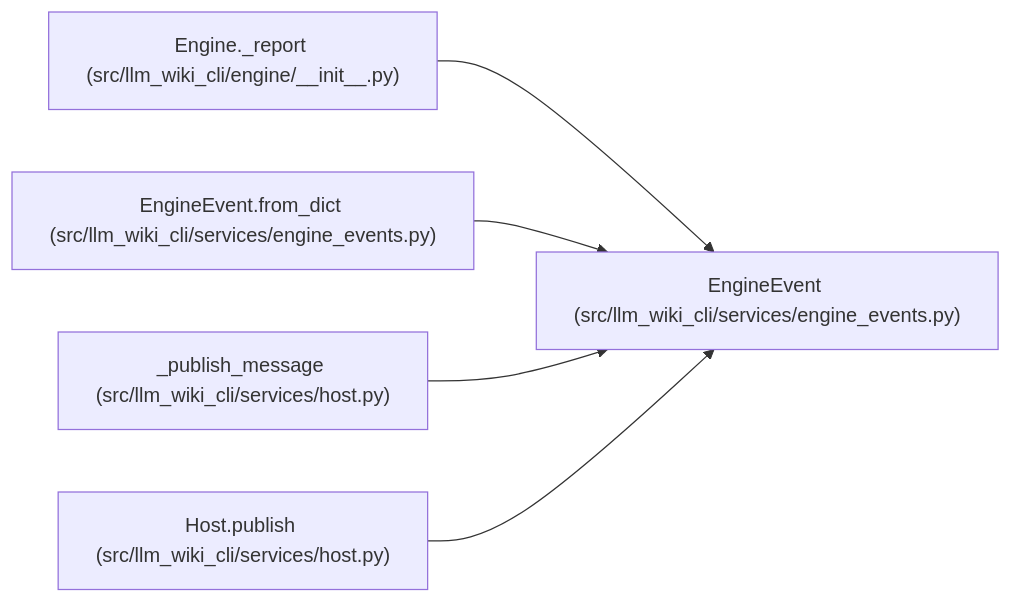
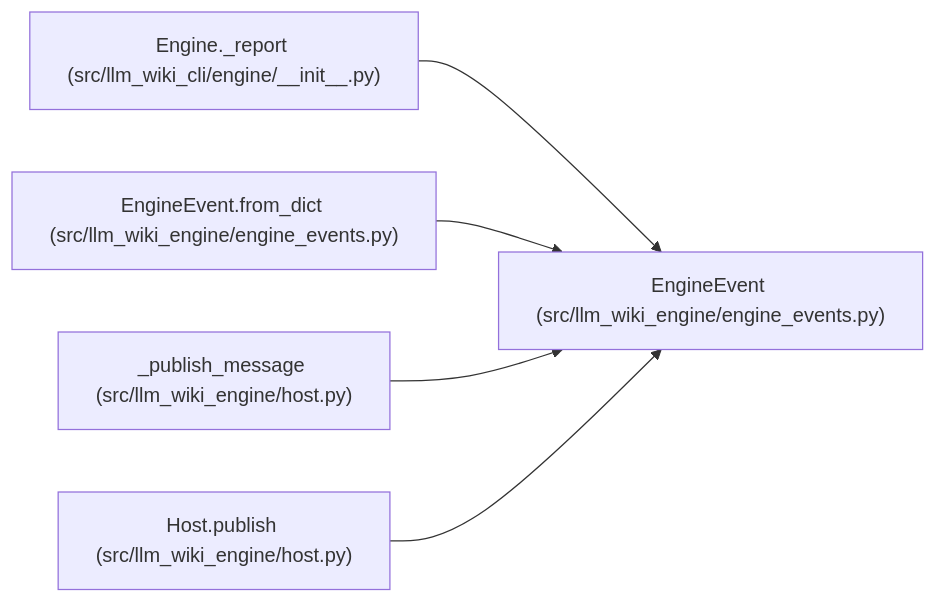
Before and after one commit to Denissvgn/python-wiki-llm: the diagram in docs/llm_wiki/entities/EngineEvent.md, drawn with Mermaid. The commit also changed other lines of this file and 1103 other files, not shown here.

First line of the commit message:
docs: refresh the wiki for the llm-wiki-engine distribution

````diff
--- a/docs/llm_wiki/entities/EngineEvent.md
+++ b/docs/llm_wiki/entities/EngineEvent.md
@@ -34,17 +34,17 @@
 ```mermaid
 flowchart LR
-    n0["EngineEvent (src/llm_wiki_cli/services/engine_events.py)"]
+    n0["EngineEvent (src/llm_wiki_engine/engine_events.py)"]
     n1["Engine._report (src/llm_wiki_cli/engine/__init__.py)"]
-    n2["EngineEvent.from_dict (src/llm_wiki_cli/services/engine_events.py)"]
-    n3["_publish_message (src/llm_wiki_cli/services/host.py)"]
-    n4["Host.publish (src/llm_wiki_cli/services/host.py)"]
+    n2["EngineEvent.from_dict (src/llm_wiki_engine/engine_events.py)"]
+    n3["_publish_message (src/llm_wiki_engine/host.py)"]
+    n4["Host.publish (src/llm_wiki_engine/host.py)"]
     n1 --> n0
     n2 --> n0
     n3 --> n0
     n4 --> n0
     click n0 "../modules/engine_events.md"
     click n1 "../modules/engine___init__.md"
     click n2 "../modules/engine_events.md"
     click n3 "../modules/host.md"
     click n4 "../modules/host.md"
 ```
````
